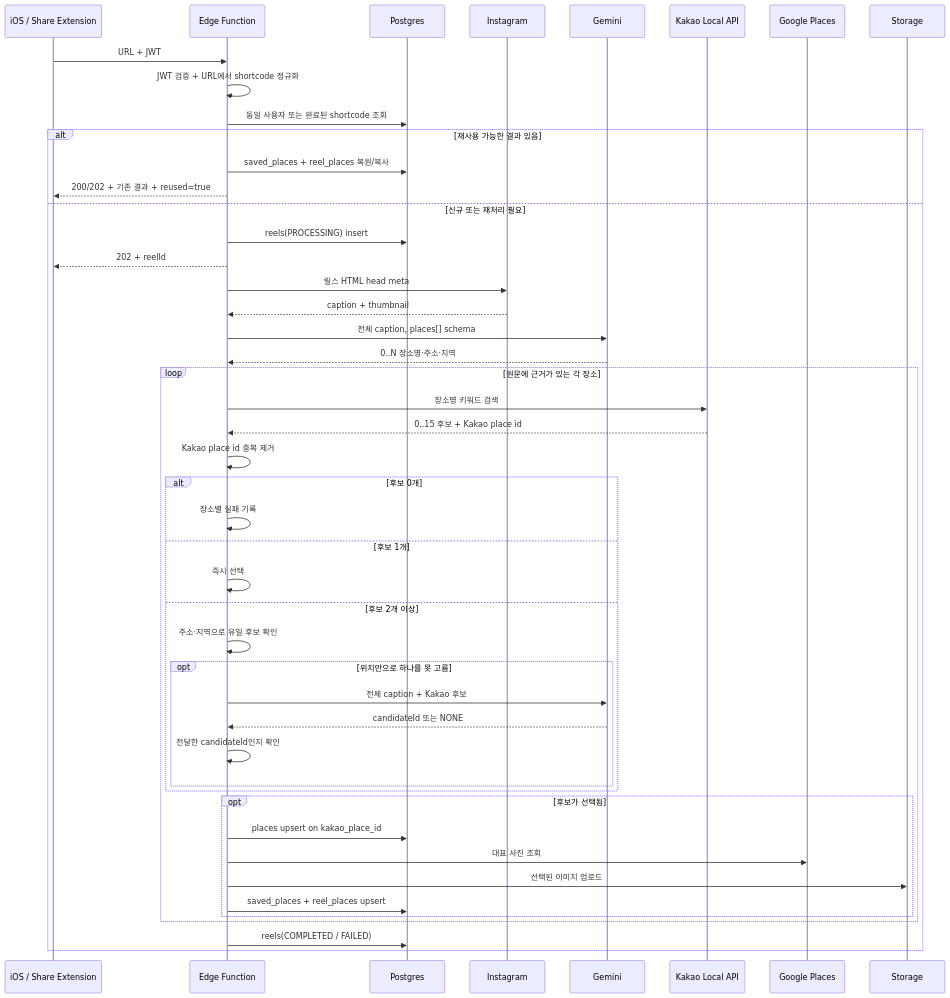
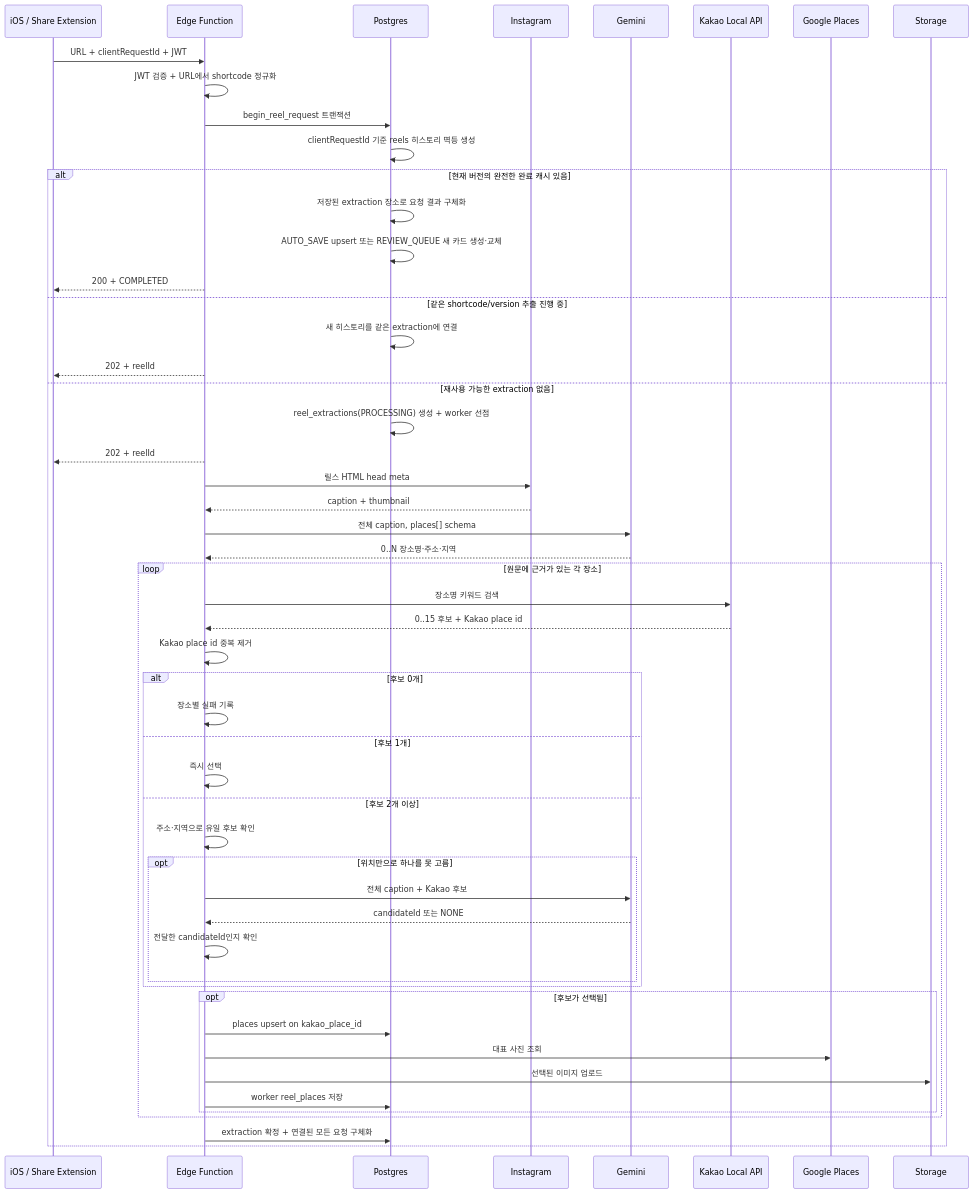
One commit to Jiihyun/yeogidam changed the diagram in docs/save-instagram-reel-flow.md. Above: the diagram before and after it, drawn with Mermaid. The commit also changed other lines of this file and 45 other files, not shown here.

````diff
--- a/docs/save-instagram-reel-flow.md
+++ b/docs/save-instagram-reel-flow.md
@@ -28,50 +31,55 @@
 ```mermaid
 sequenceDiagram
     participant U as iOS / Share Extension
     participant F as Edge Function
     participant D as Postgres
     participant I as Instagram
     participant AI as Gemini
     participant K as Kakao Local API
     participant G as Google Places
     participant S as Storage
 
-    U->>F: URL + JWT
+    U->>F: URL + clientRequestId + JWT
     F->>F: JWT 검증 + URL에서 shortcode 정규화
-    F->>D: 동일 사용자 또는 완료된 shortcode 조회
-    alt 재사용 가능한 결과 있음
-        F->>D: saved_places + reel_places 복원/복사
-        F-->>U: 200/202 + 기존 결과 + reused=true
-    else 신규 또는 재처리 필요
-    F->>D: reels(PROCESSING) insert
-    F-->>U: 202 + reelId
-    F->>I: 릴스 HTML head meta
-    I-->>F: caption + thumbnail
-    F->>AI: 전체 caption, places[] schema
-    AI-->>F: 0..N 장소명·주소·지역
-    loop 원문에 근거가 있는 각 장소
-        F->>K: 장소명 키워드 검색
-        K-->>F: 0..15 후보 + Kakao place id
-        F->>F: Kakao place id 중복 제거
-        alt 후보 0개
-            F->>F: 장소별 실패 기록
-        else 후보 1개
-            F->>F: 즉시 선택
-        else 후보 2개 이상
-            F->>F: 주소·지역으로 유일 후보 확인
-            opt 위치만으로 하나를 못 고름
-                F->>AI: 전체 caption + Kakao 후보
-                AI-->>F: candidateId 또는 NONE
-                F->>F: 전달한 candidateId인지 확인
+    F->>D: begin_reel_request 트랜잭션
+    D->>D: clientRequestId 기준 reels 히스토리 멱등 생성
+    alt 현재 버전의 완전한 완료 캐시 있음
+        D->>D: 저장된 extraction 장소로 요청 결과 구체화
+        D->>D: AUTO_SAVE upsert 또는 REVIEW_QUEUE 새 카드 생성·교체
+        F-->>U: 200 + COMPLETED
+    else 같은 shortcode/version 추출 진행 중
+        D->>D: 새 히스토리를 같은 extraction에 연결
+        F-->>U: 202 + reelId
+    else 재사용 가능한 extraction 없음
+        D->>D: reel_extractions(PROCESSING) 생성 + worker 선점
+        F-->>U: 202 + reelId
+        F->>I: 릴스 HTML head meta
+        I-->>F: caption + thumbnail
+        F->>AI: 전체 caption, places[] schema
+        AI-->>F: 0..N 장소명·주소·지역
+        loop 원문에 근거가 있는 각 장소
+            F->>K: 장소명 키워드 검색
+            K-->>F: 0..15 후보 + Kakao place id
+            F->>F: Kakao place id 중복 제거
+            alt 후보 0개
+                F->>F: 장소별 실패 기록
+            else 후보 1개
+                F->>F: 즉시 선택
+            else 후보 2개 이상
+                F->>F: 주소·지역으로 유일 후보 확인
+                opt 위치만으로 하나를 못 고름
+                    F->>AI: 전체 caption + Kakao 후보
+                    AI-->>F: candidateId 또는 NONE
+                    F->>F: 전달한 candidateId인지 확인
+                end
+            end
+            opt 후보가 선택됨
+                F->>D: places upsert on kakao_place_id
+                F->>G: 대표 사진 조회
+                F->>S: 선택된 이미지 업로드
+                F->>D: worker reel_places 저장
             end
         end
-        opt 후보가 선택됨
-            F->>D: places upsert on kakao_place_id
-            F->>G: 대표 사진 조회
-            F->>S: 선택된 이미지 업로드
-            F->>D: saved_places + reel_places upsert
-        end
-    end
-    F->>D: reels(COMPLETED / FAILED)
+        F->>D: extraction 확정 + 연결된 모든 요청 구체화
     end
 ```
````
